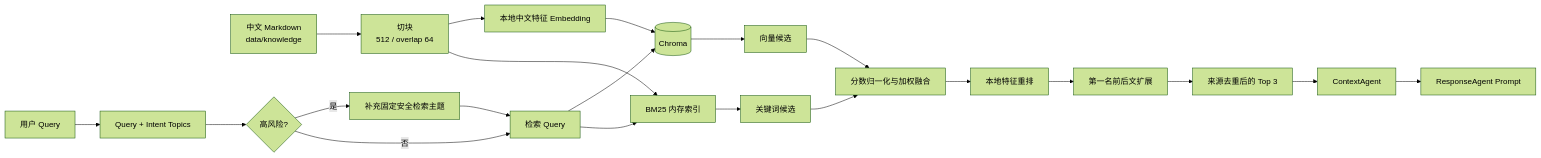
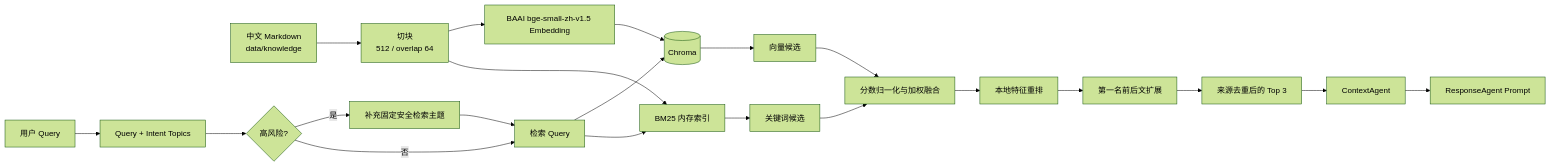
Before and after one commit to zlff003/MindNook: the diagram in docs/RAG.md, drawn with Mermaid (forest theme). The commit also changed other lines of this file and 24 other files, not shown here.

````diff
--- a/docs/RAG.md
+++ b/docs/RAG.md
@@ -20,24 +20,24 @@
 ```mermaid
 flowchart LR
     A[中文 Markdown<br/>data/knowledge] --> B[切块<br/>512 / overlap 64]
-    B --> C[本地中文特征 Embedding]
+    B --> C[BAAI bge-small-zh-v1.5 Embedding]
     C --> D[(Chroma)]
     B --> E[BM25 内存索引]
 
     Q[用户 Query] --> T[Query + Intent Topics]
     T --> S{高风险?}
     S -- 是 --> K[补充固定安全检索主题]
     S -- 否 --> V[检索 Query]
     K --> V
     V --> D
     V --> E
     D --> F[向量候选]
     E --> G[关键词候选]
     F --> H[分数归一化与加权融合]
     G --> H
     H --> I[本地特征重排]
     I --> J[第一名前后文扩展]
     J --> L[来源去重后的 Top 3]
     L --> M[ContextAgent]
     M --> N[ResponseAgent Prompt]
 ```
````
